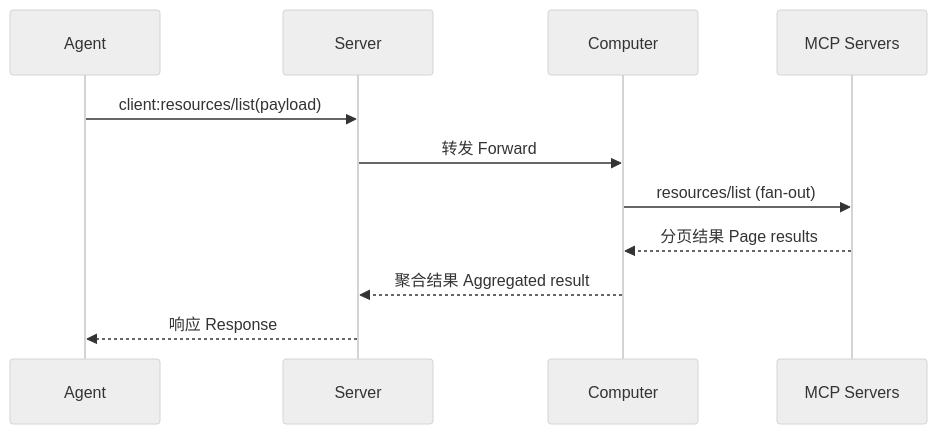
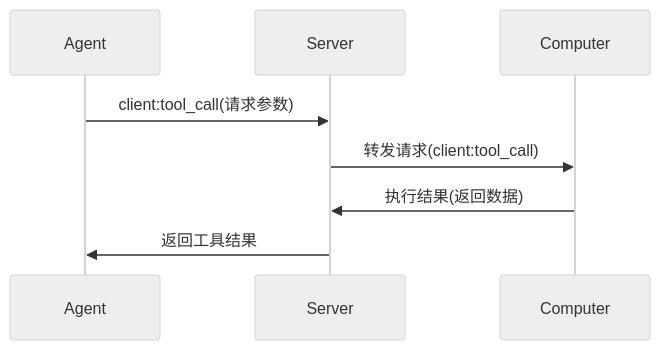
One commit to A2C-SMCP/python-computer-sdk changed the sixth of 7 diagrams in docs/index.md. Above: the diagram before and after it, drawn with Mermaid (neutral theme). The commit also changed other lines of this file and 75 other files, not shown here.

````diff
--- a/docs/index.md
+++ b/docs/index.md
@@ -765,13 +249,11 @@
 ```mermaid
 sequenceDiagram
     participant A as Agent
     participant S as Server
     participant C as Computer
-    participant M as MCP Servers
-    A->>S: client:resources/list(payload)
-    S->>C: 转发 Forward
-    C->>M: resources/list (fan-out)
-    M-->>C: 分页结果 Page results
-    C-->>S: 聚合结果 Aggregated result
-    S-->>A: 响应 Response
+    
+    A->>S: client:tool_call(请求参数)
+    S->>C: 转发请求(client:tool_call)
+    C->>S: 执行结果(返回数据)
+    S->>A: 返回工具结果
 ```
````
